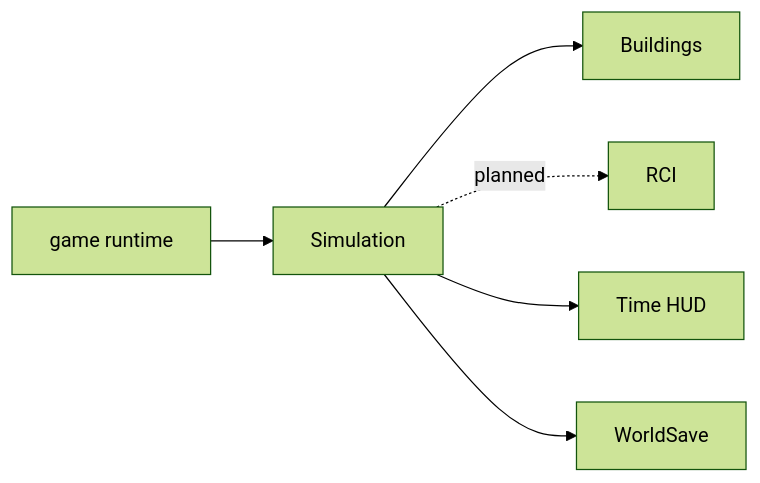
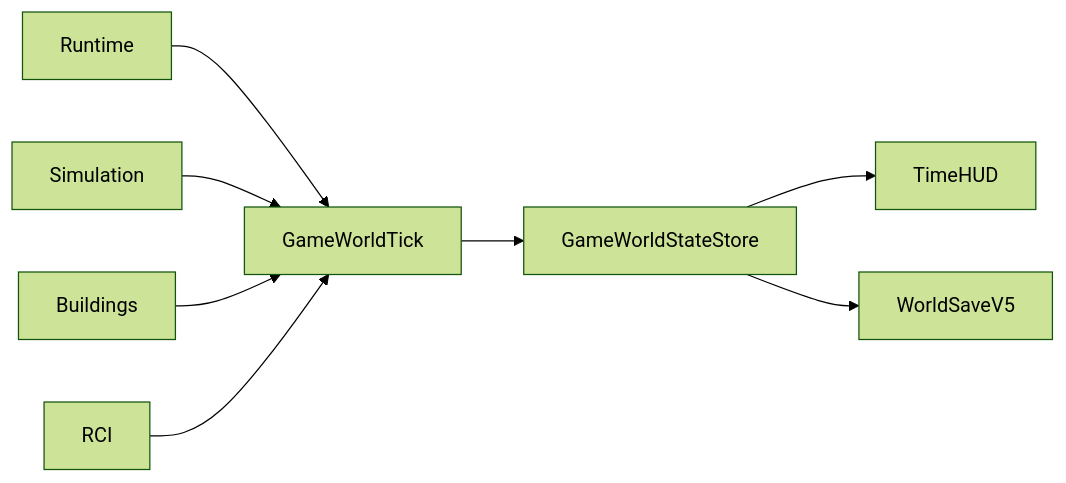
Before and after one commit to petechatchawan/web-three-city: the diagram in docs/systems/simulation-time/README.md, drawn with Mermaid (forest theme). The commit also changed other lines of this file, not shown here.

Commit message:
docs(simulation): document atomic RCI tick composition

````diff
--- a/docs/systems/simulation-time/README.md
+++ b/docs/systems/simulation-time/README.md
@@ -43,8 +46,10 @@
 ```mermaid
 flowchart LR
-  Runtime[game runtime] --> Simulation
-  Simulation --> Buildings
-  Simulation -. planned .-> RCI
-  Simulation --> TimeHUD[Time HUD]
-  Simulation --> WorldSave
+  Runtime --> GameWorldTick
+  Simulation --> GameWorldTick
+  Buildings --> GameWorldTick
+  RCI --> GameWorldTick
+  GameWorldTick --> StateStore[GameWorldStateStore]
+  StateStore --> TimeHUD
+  StateStore --> WorldSaveV5
 ```
````
